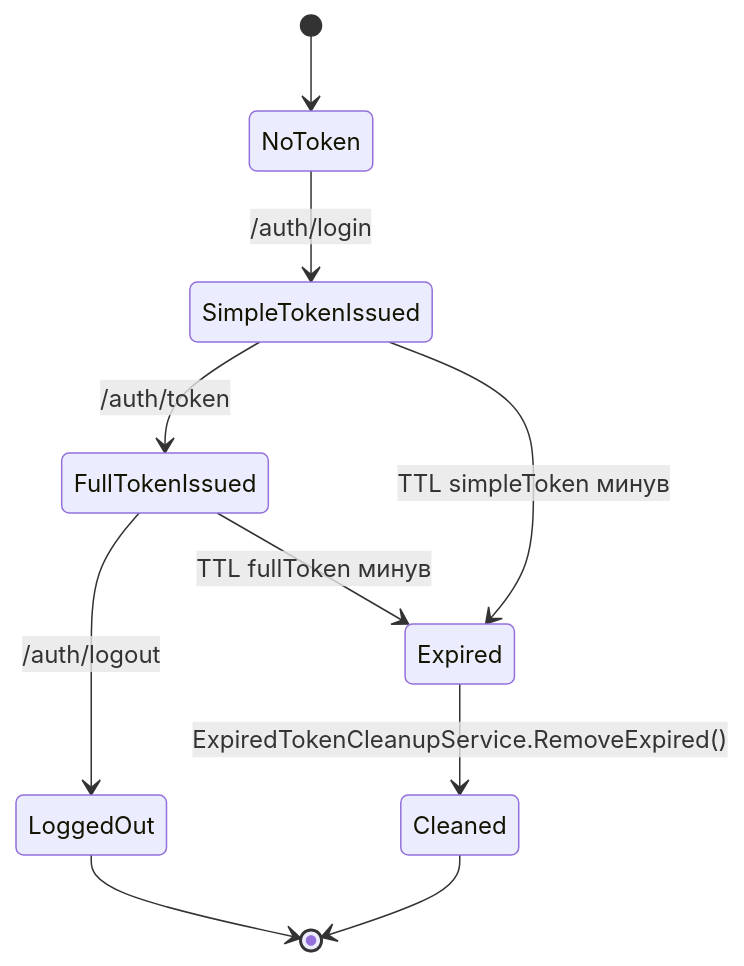
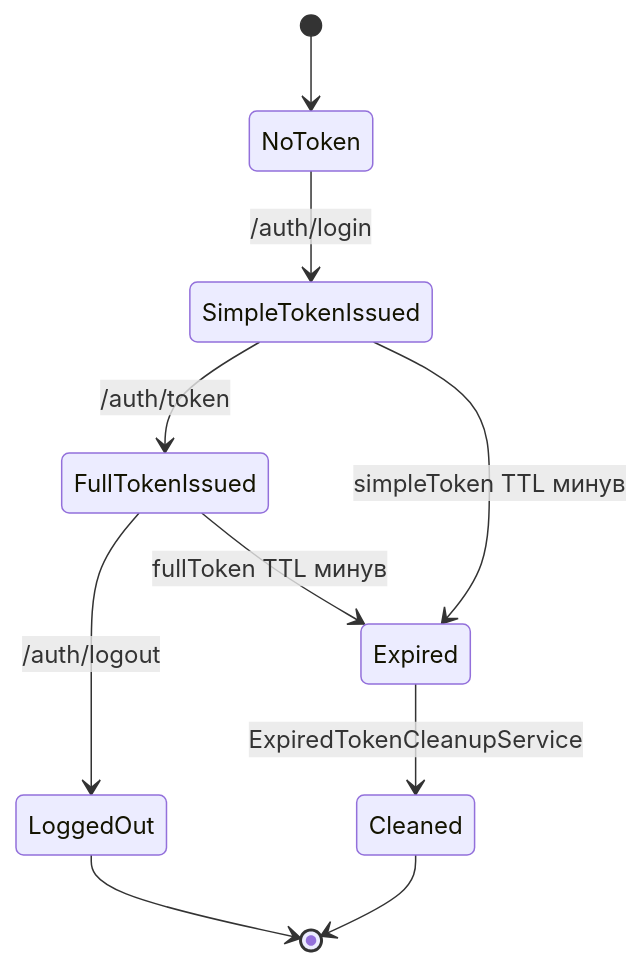
One commit to 4aarodei/SecureAuth changed the third of 3 diagrams in docs/ArchitectureDiagrams.md. Above: the diagram before and after it, drawn with Mermaid. The commit also changed other lines of this file and 18 other files, not shown here.

````diff
--- a/docs/ArchitectureDiagrams.md
+++ b/docs/ArchitectureDiagrams.md
@@ -133,12 +85,12 @@
 ```mermaid
 stateDiagram-v2
     [*] --> NoToken
     NoToken --> SimpleTokenIssued: /auth/login
     SimpleTokenIssued --> FullTokenIssued: /auth/token
-    SimpleTokenIssued --> Expired: TTL simpleToken минув
+    SimpleTokenIssued --> Expired: simpleToken TTL минув
     FullTokenIssued --> LoggedOut: /auth/logout
-    FullTokenIssued --> Expired: TTL fullToken минув
-    Expired --> Cleaned: ExpiredTokenCleanupService.RemoveExpired()
+    FullTokenIssued --> Expired: fullToken TTL минув
+    Expired --> Cleaned: ExpiredTokenCleanupService
     LoggedOut --> [*]
     Cleaned --> [*]
 ```
````
